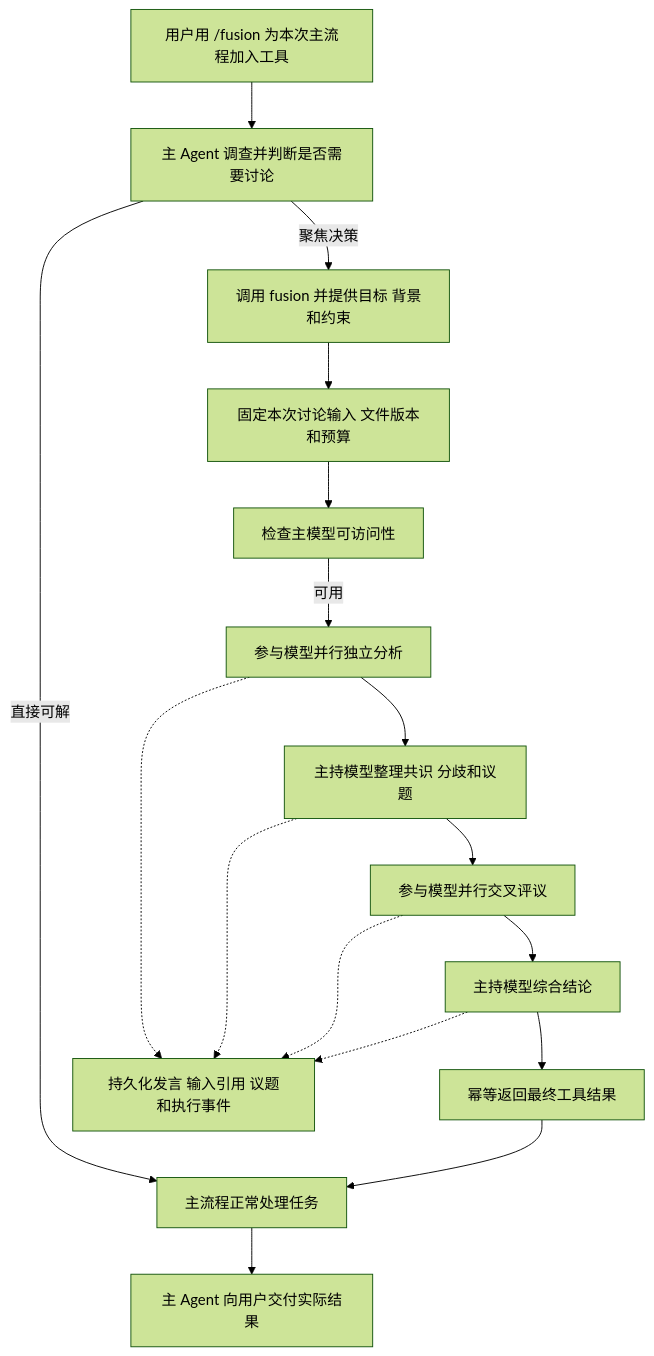
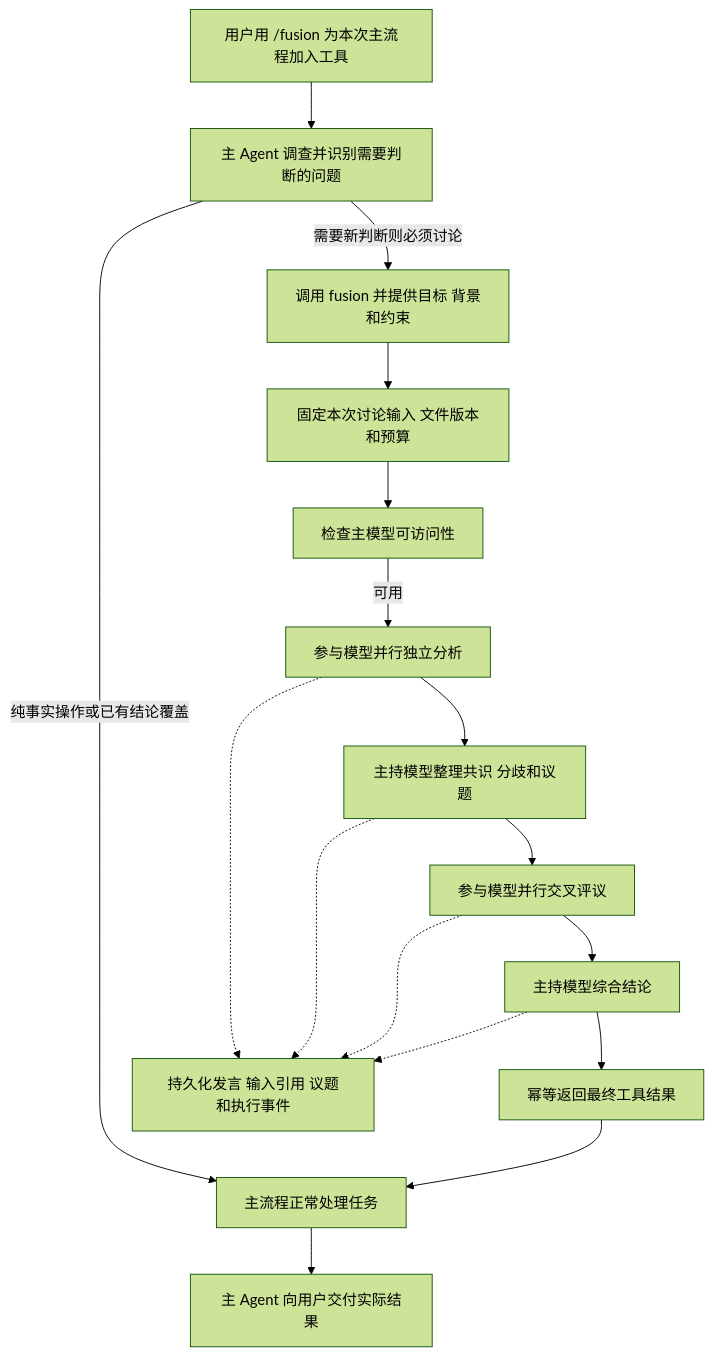
The diagram in docs/architecture/fusion.zh-CN.md (futuregene/future-os), drawn with Mermaid (forest theme) before and after one commit. The commit also changed other lines of this file and 5 other files, not shown here.

````diff
--- a/docs/architecture/fusion.zh-CN.md
+++ b/docs/architecture/fusion.zh-CN.md
@@ -133,19 +151,19 @@
 ```mermaid
 flowchart TD
-    U[用户用 /fusion 为本次主流程加入工具] --> O[主 Agent 调查并判断是否需要讨论]
-    O -->|直接可解| E[主流程正常处理任务]
-    O -->|聚焦决策| T[调用 fusion 并提供目标 背景和约束]
+    U[用户用 /fusion 为本次主流程加入工具] --> O[主 Agent 调查并识别需要判断的问题]
+    O -->|纯事实操作或已有结论覆盖| E[主流程正常处理任务]
+    O -->|需要新判断则必须讨论| T[调用 fusion 并提供目标 背景和约束]
     T --> S[固定本次讨论输入 文件版本和预算]
     S --> H[检查主模型可访问性]
     H -->|可用| A[参与模型并行独立分析]
     A --> I[主持模型整理共识 分歧和议题]
     I --> R[参与模型并行交叉评议]
     R --> F[主持模型综合结论]
     F --> P[幂等返回最终工具结果]
     P --> E
     E --> Z[主 Agent 向用户交付实际结果]
     A -.-> D[持久化发言 输入引用 议题和执行事件]
     I -.-> D
     R -.-> D
     F -.-> D
 ```
````
